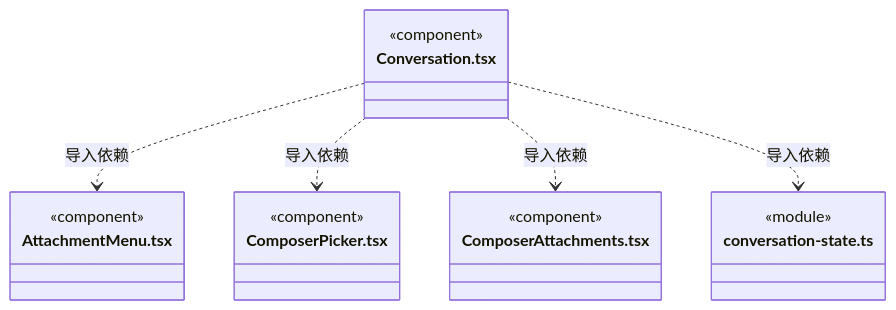
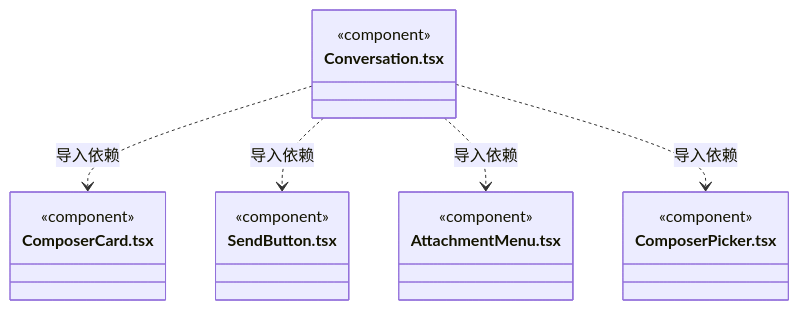
One commit to nan023062/cbim changed diagram 42 of 47 in src/frontend/conversation/ARCHITECTURE.md. Above: the diagram before and after it, drawn with Mermaid. The commit also changed other lines of this file and 68 other files, not shown here.

````diff
--- a/src/frontend/conversation/ARCHITECTURE.md
+++ b/src/frontend/conversation/ARCHITECTURE.md
@@ -553,22 +645,22 @@
 ```mermaid
 classDiagram
 class N_src_frontend_conversation_Conversation_tsx["Conversation.tsx"] {
+  <<component>>
+}
+class N_src_frontend_conversation_ComposerCard_tsx["ComposerCard.tsx"] {
+  <<component>>
+}
+class N_src_frontend_conversation_SendButton_tsx["SendButton.tsx"] {
   <<component>>
 }
 class N_src_frontend_conversation_AttachmentMenu_tsx["AttachmentMenu.tsx"] {
   <<component>>
 }
 class N_src_frontend_conversation_ComposerPicker_tsx["ComposerPicker.tsx"] {
   <<component>>
 }
-class N_src_frontend_conversation_ComposerAttachments_tsx["ComposerAttachments.tsx"] {
-  <<component>>
-}
-class N_src_frontend_conversation_conversation_state_ts["conversation-state.ts"] {
-  <<module>>
-}
+N_src_frontend_conversation_Conversation_tsx ..> N_src_frontend_conversation_ComposerCard_tsx : 导入依赖
+N_src_frontend_conversation_Conversation_tsx ..> N_src_frontend_conversation_SendButton_tsx : 导入依赖
 N_src_frontend_conversation_Conversation_tsx ..> N_src_frontend_conversation_AttachmentMenu_tsx : 导入依赖
 N_src_frontend_conversation_Conversation_tsx ..> N_src_frontend_conversation_ComposerPicker_tsx : 导入依赖
-N_src_frontend_conversation_Conversation_tsx ..> N_src_frontend_conversation_ComposerAttachments_tsx : 导入依赖
-N_src_frontend_conversation_Conversation_tsx ..> N_src_frontend_conversation_conversation_state_ts : 导入依赖
 ```
````
